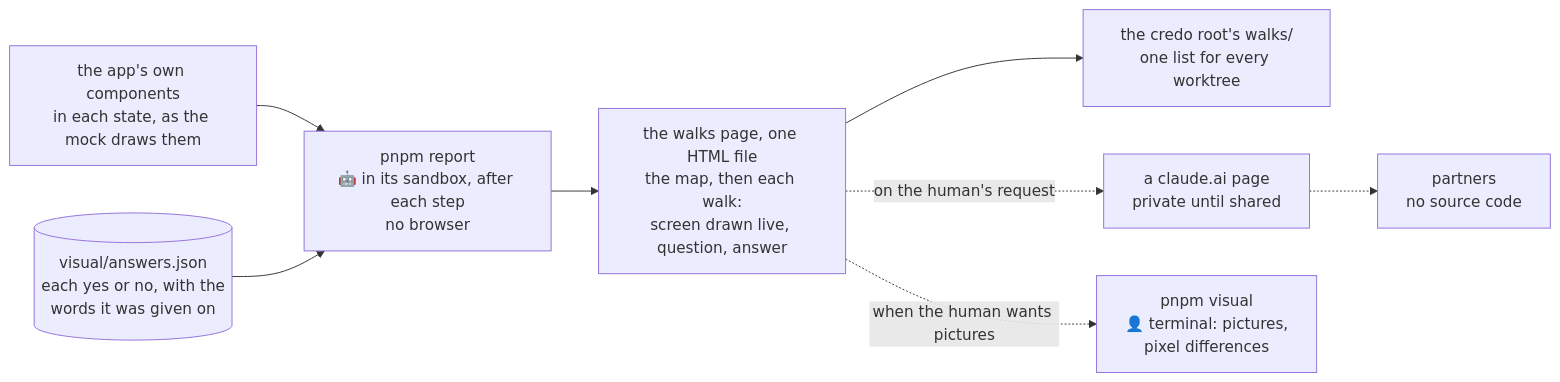
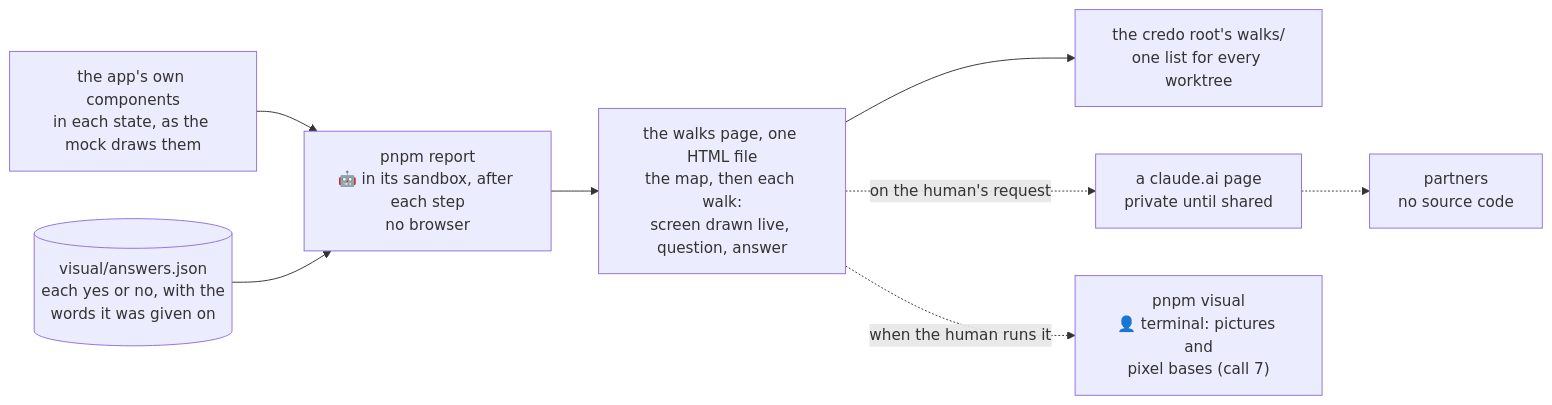
One commit to ancJ29/credo changed the diagram in docs/plans/2026-10-28-visual-report.md. Above: the diagram before and after it, drawn with Mermaid. The commit also changed other lines of this file, not shown here.

First line of the commit message:
docs(plan): the visual report's calls answered, and rule 7's bases asked

````diff
--- a/docs/plans/2026-10-28-visual-report.md
+++ b/docs/plans/2026-10-28-visual-report.md
@@ -23,11 +24,11 @@
 ```mermaid
 flowchart LR
   ui["the app's own components<br/>in each state, as the mock draws them"] --> build
   answers[("visual/answers.json<br/>each yes or no, with the<br/>words it was given on")] --> build
   build["pnpm report<br/>🤖 in its sandbox, after each step<br/>no browser"] --> page
   page["the walks page, one HTML file<br/>the map, then each walk:<br/>screen drawn live, question, answer"]
   page --> folder["the credo root's walks/<br/>one list for every worktree"]
   page -. "on the human's request" .-> claude["a claude.ai page<br/>private until shared"]
   claude -.-> partners["partners<br/>no source code"]
-  page -. "when the human wants pictures" .-> visual["pnpm visual<br/>👤 terminal: pictures,<br/>pixel differences"]
+  page -. "when the human runs it" .-> visual["pnpm visual<br/>👤 terminal: pictures and<br/>pixel bases (call 7)"]
 ```
````
